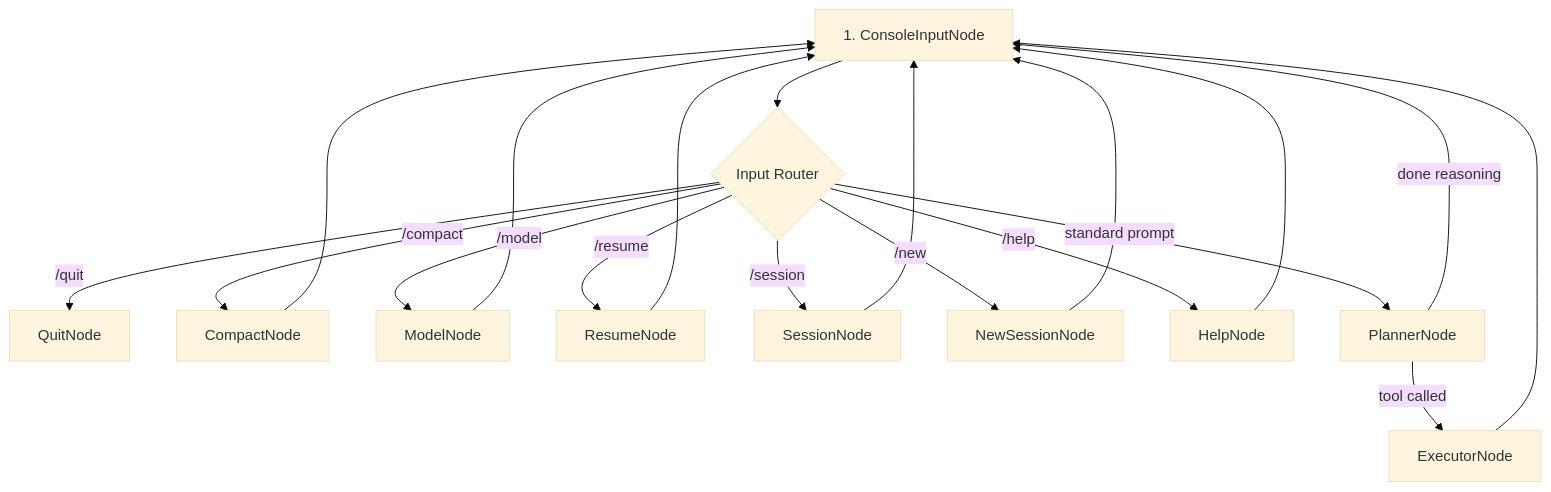
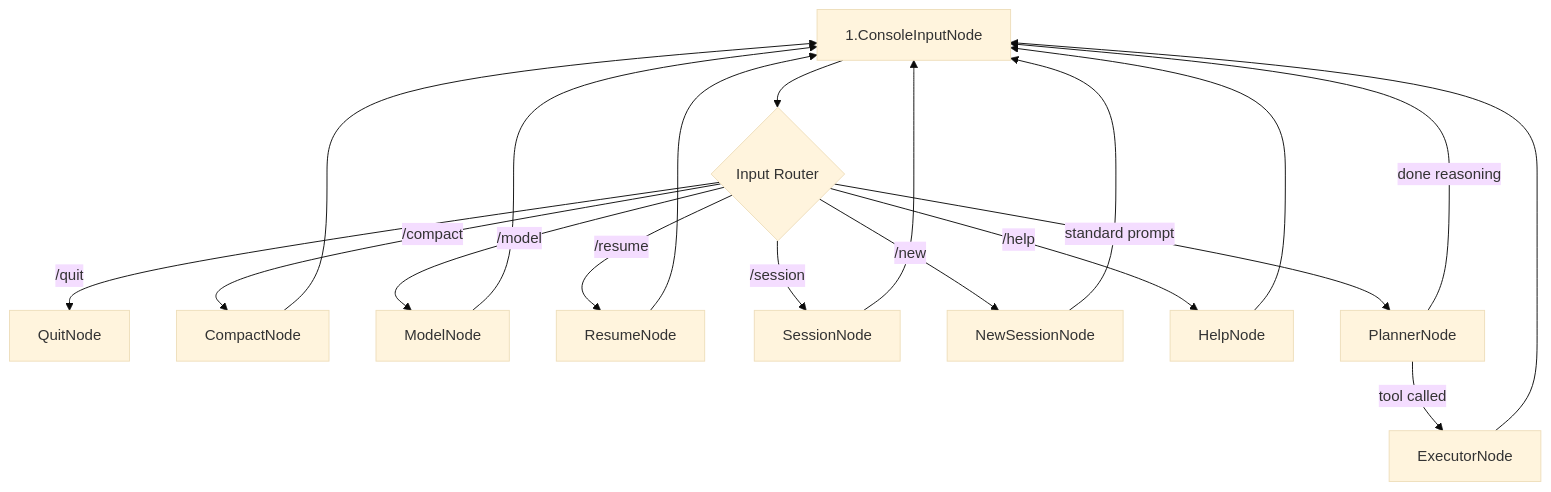
One commit to mbenetti/Pocket-Pi changed the diagram in README.md. Above: the diagram before and after it, drawn with Mermaid (base theme). The commit also changed 3 other files, not shown here.

````diff
--- a/README.md
+++ b/README.md
@@ -15,23 +15,23 @@
 ```mermaid
 flowchart TD
-    ConsoleInput[1. ConsoleInputNode] --> InputRouter{Input Router}
+    ConsoleInput[1.ConsoleInputNode] --> InputRouter{Input Router}
     InputRouter -- "/quit" --> QuitNode[QuitNode]
     InputRouter -- "/compact" --> CompactNode[CompactNode]
     InputRouter -- "/model" --> ModelNode[ModelNode]
     InputRouter -- "/resume" --> ResumeNode[ResumeNode]
     InputRouter -- "/session" --> SessionNode[SessionNode]
     InputRouter -- "/new" --> NewSessionNode[NewSessionNode]
     InputRouter -- "/help" --> HelpNode[HelpNode]
     InputRouter -- "standard prompt" --> PlannerNode[PlannerNode]
     
     CompactNode --> ConsoleInput
     ModelNode --> ConsoleInput
     ResumeNode --> ConsoleInput
     SessionNode --> ConsoleInput
     NewSessionNode --> ConsoleInput
     HelpNode --> ConsoleInput
     
     PlannerNode -- "tool called" --> ExecutorNode[ExecutorNode]
     PlannerNode -- "done reasoning" --> ConsoleInput
     ExecutorNode --> ConsoleInput
 ```
````
